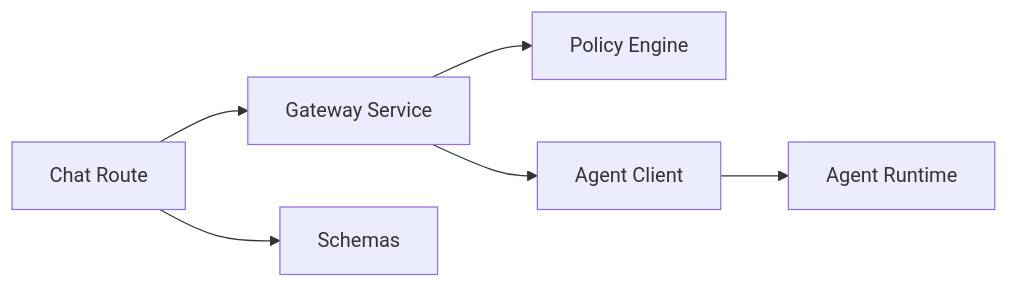
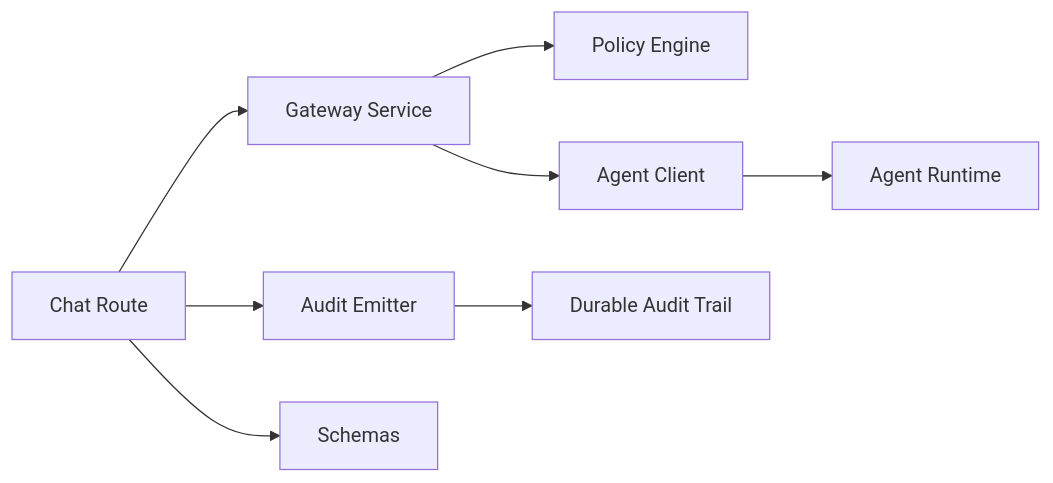
The third of 3 diagrams in .qoder/repowiki/en/content/Tool Gateway Service/API Endpoints and Authentication/Chat API.md (metasync/luban-aiops), drawn with Mermaid before and after one commit. The commit also changed other lines of this file and 43 other files, not shown here.

````diff
--- a/.qoder/repowiki/en/content/Tool Gateway Service/API Endpoints and Authentication/Chat API.md
+++ b/.qoder/repowiki/en/content/Tool Gateway Service/API Endpoints and Authentication/Chat API.md
@@ -203,8 +245,10 @@
 ```mermaid
 graph LR
 ChatRoute["Chat Route"] --> GatewayService["Gateway Service"]
+ChatRoute --> AuditEmitter["Audit Emitter"]
 GatewayService --> PolicyEngine["Policy Engine"]
 GatewayService --> AgentClient["Agent Client"]
 AgentClient --> AgentRuntime["Agent Runtime"]
 ChatRoute --> Schemas["Schemas"]
+AuditEmitter --> AuditTrail["Durable Audit Trail"]
 ```
````
